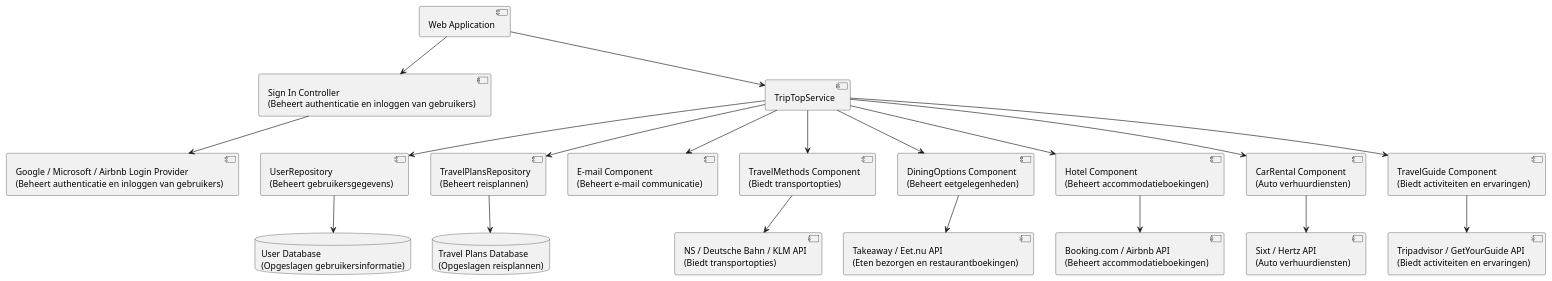
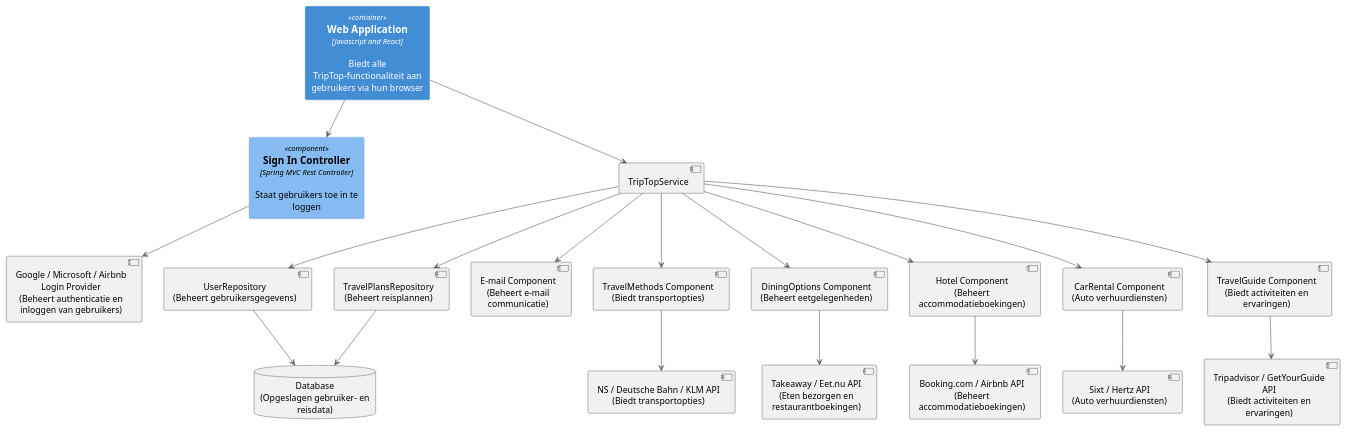
One commit to AIM-ENE-feb25/triptop-groep-3 changed the diagram in opdracht-diagrammen/C4 Component/Component Diagram Jordy.puml. Above: the diagram before and after it, drawn with PlantUML.

Commit message:
Component Update

```diff
--- a/opdracht-diagrammen/C4 Component/Component Diagram Jordy.puml
+++ b/opdracht-diagrammen/C4 Component/Component Diagram Jordy.puml
@@ -1,43 +1,44 @@
 @startuml
-component "Web Application" as WebApp
-component "Sign In Controller\n(Beheert authenticatie en inloggen van gebruikers)" as SignIn
+!include https://raw.githubusercontent.com/plantuml-stdlib/C4-PlantUML/master/C4_Component.puml
+
+Container(WebApp, "Web Application", Javascript and React, Biedt alle TripTop-functionaliteit aan gebruikers via hun browser)
+Component(SignIn, Sign In Controller, Spring MVC Rest Controller, Staat gebruikers toe in te loggen)
 component "TripTopService" as Service
 component "UserRepository\n(Beheert gebruikersgegevens)" as UserRepo
 component "TravelPlansRepository\n(Beheert reisplannen)" as PlansRepo
-database "User Database\n(Opgeslagen gebruikersinformatie)" as UserDB
-database "Travel Plans Database\n(Opgeslagen reisplannen)" as PlansDB
+database "Database\n(Opgeslagen gebruiker- en reisdata)" as DB
 component "E-mail Component\n(Beheert e-mail communicatie)" as Email
 component "TravelMethods Component\n(Biedt transportopties)" as TravelMethods
 component "DiningOptions Component\n(Beheert eetgelegenheden)" as DiningOptions
 component "Hotel Component\n(Beheert accommodatieboekingen)" as Hotel
 component "CarRental Component\n(Auto verhuurdiensten)" as CarRental
 component "TravelGuide Component\n(Biedt activiteiten en ervaringen)" as TravelGuide
 
 component "Booking.com / Airbnb API\n(Beheert accommodatieboekingen)" as BookingAPI
 component "NS / Deutsche Bahn / KLM API\n(Biedt transportopties)" as TransportAPI
 component "Sixt / Hertz API\n(Auto verhuurdiensten)" as RentalAPI
 component "Tripadvisor / GetYourGuide API\n(Biedt activiteiten en ervaringen)" as GuideAPI
 component "Takeaway / Eet.nu API\n(Eten bezorgen en restaurantboekingen)" as DiningAPI
 component "Google / Microsoft / Airbnb Login Provider\n(Beheert authenticatie en inloggen van gebruikers)" as LoginProvider
 
 WebApp --> SignIn
 WebApp --> Service
 Service --> UserRepo
 Service --> PlansRepo
 Service --> Email
 Service --> TravelMethods
 Service --> DiningOptions
 Service --> Hotel
 Service --> CarRental
 Service --> TravelGuide
 
-UserRepo --> UserDB
-PlansRepo --> PlansDB
+UserRepo --> DB
+PlansRepo --> DB
 
 TravelMethods --> TransportAPI
 CarRental --> RentalAPI
 DiningOptions --> DiningAPI
 Hotel --> BookingAPI
 TravelGuide --> GuideAPI
 SignIn --> LoginProvider
 @enduml
```
